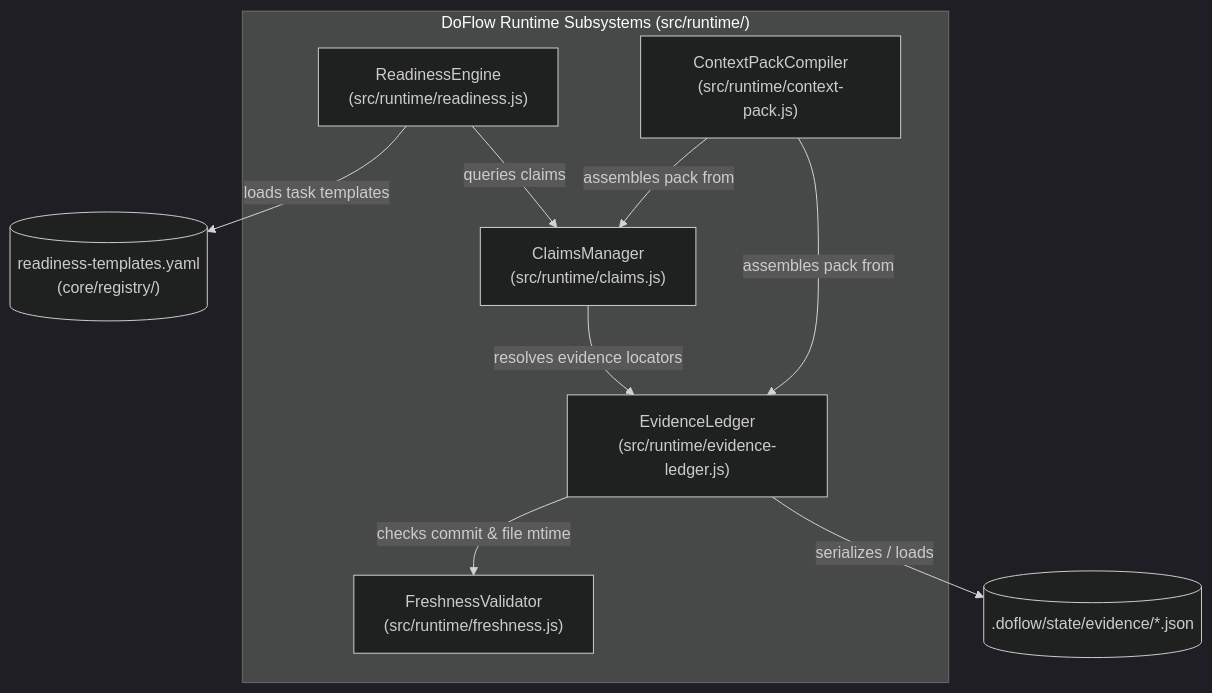
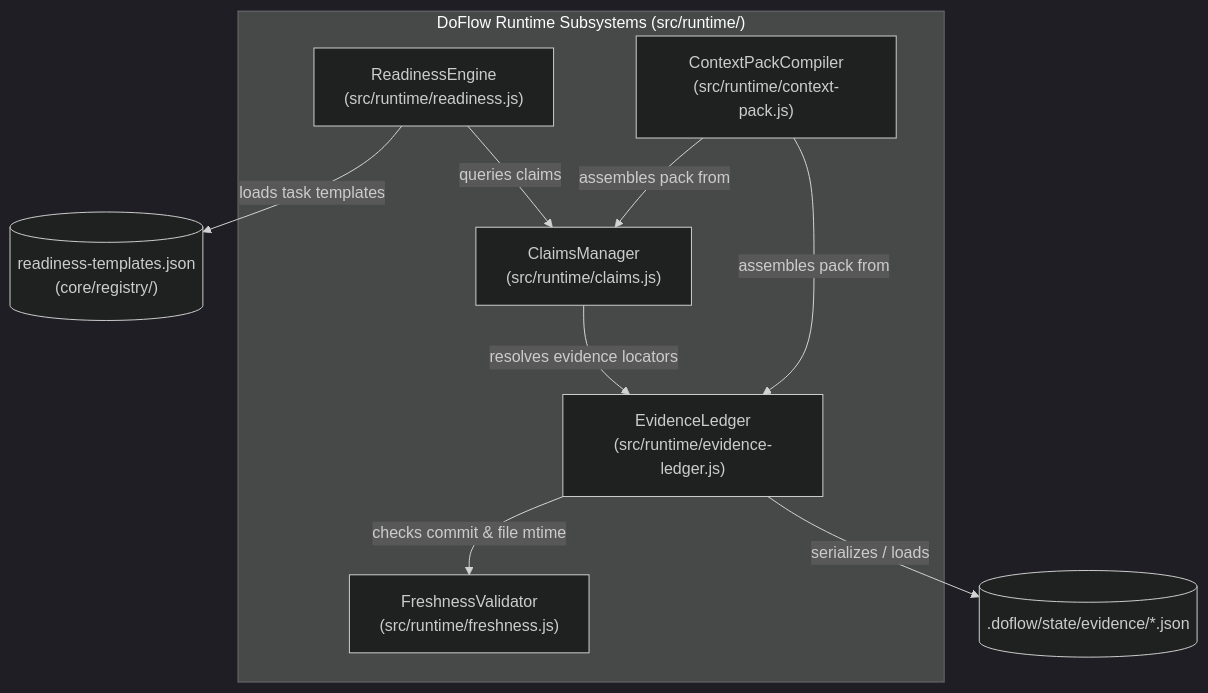
One commit to khoavu882/do-flow changed the third of 4 diagrams in test/fixtures/scaffold/005-evidence-ledger-readiness/design.md. Above: the diagram before and after it, drawn with Mermaid (dark theme). The commit also changed other lines of this file and 56 other files, not shown here.

````diff
--- a/test/fixtures/scaffold/005-evidence-ledger-readiness/design.md
+++ b/test/fixtures/scaffold/005-evidence-ledger-readiness/design.md
@@ -92,21 +92,21 @@
 ```mermaid
 flowchart TB
     subgraph container["DoFlow Runtime Subsystems (src/runtime/)"]
         LEDGER_MOD["EvidenceLedger<br/>(src/runtime/evidence-ledger.js)"]
         CLAIMS_MOD["ClaimsManager<br/>(src/runtime/claims.js)"]
         FRESH_MOD["FreshnessValidator<br/>(src/runtime/freshness.js)"]
         READINESS_MOD["ReadinessEngine<br/>(src/runtime/readiness.js)"]
         PACK_MOD["ContextPackCompiler<br/>(src/runtime/context-pack.js)"]
     end
     
-    TEMPLATES[("readiness-templates.yaml<br/>(core/registry/)")]
+    TEMPLATES[("readiness-templates.json<br/>(core/registry/)")]
     EVID_STORE[(".doflow/state/evidence/*.json")]
 
     READINESS_MOD -->|"loads task templates"| TEMPLATES
     READINESS_MOD -->|"queries claims"| CLAIMS_MOD
     CLAIMS_MOD -->|"resolves evidence locators"| LEDGER_MOD
     LEDGER_MOD -->|"checks commit & file mtime"| FRESH_MOD
     LEDGER_MOD -->|"serializes / loads"| EVID_STORE
     PACK_MOD -->|"assembles pack from"| CLAIMS_MOD
     PACK_MOD -->|"assembles pack from"| LEDGER_MOD
 ```
````
